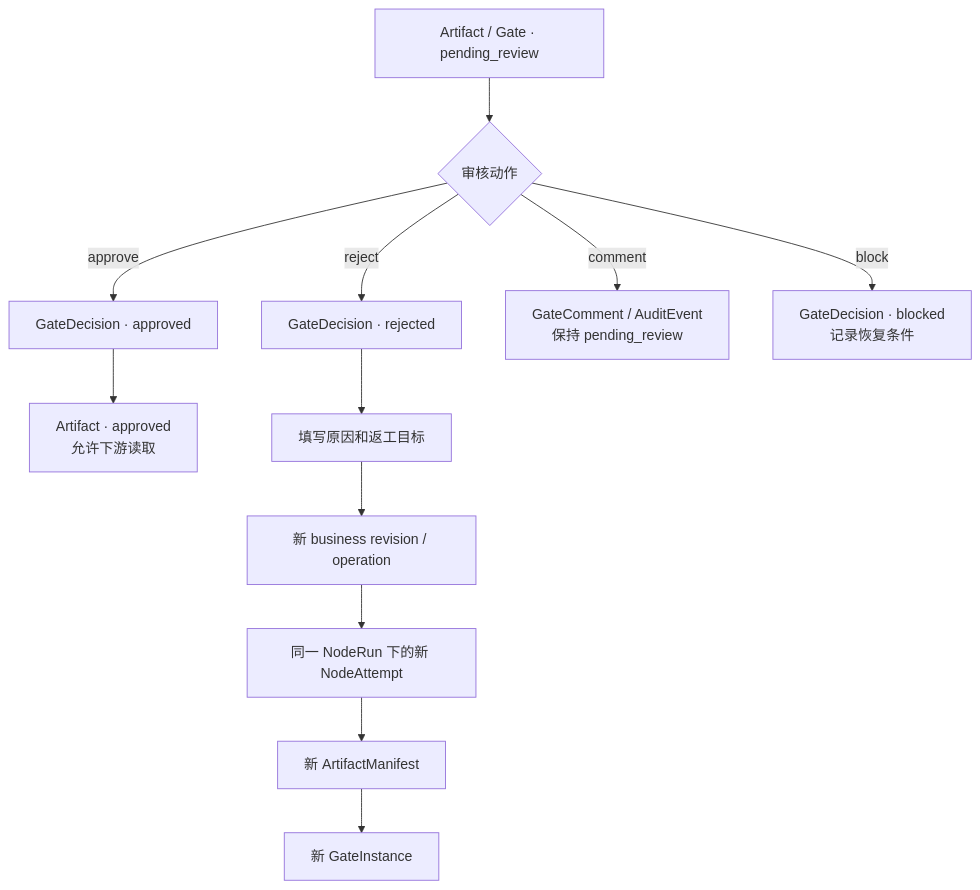
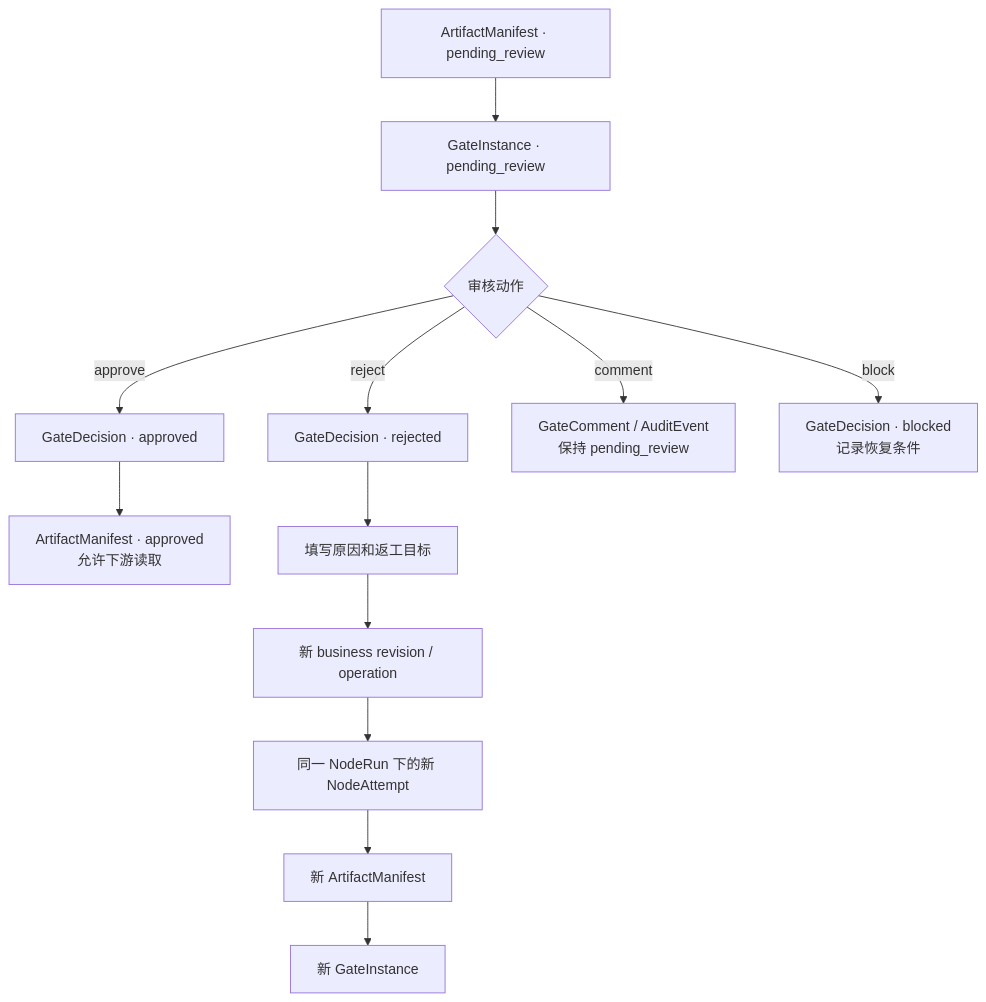
Before and after one commit to haozhangyue/miracle-agent: the fifth of 6 diagrams in 16_融合_产品信息架构与设计图规划.md, drawn with Mermaid. The commit also changed other lines of this file and 9 other files, not shown here.

````diff
--- a/16_融合_产品信息架构与设计图规划.md
+++ b/16_融合_产品信息架构与设计图规划.md
@@ -743,14 +849,15 @@
 ```mermaid
 flowchart TD
-  Pending["Artifact / Gate · pending_review"] --> Action{"审核动作"}
+  PendingArtifact["ArtifactManifest · pending_review"] --> PendingGate["GateInstance · pending_review"]
+  PendingGate --> Action{"审核动作"}
   Action -->|approve| Approved["GateDecision · approved"]
-  Approved --> Release["Artifact · approved<br/>允许下游读取"]
+  Approved --> Release["ArtifactManifest · approved<br/>允许下游读取"]
   Action -->|reject| Rejected["GateDecision · rejected"]
   Rejected --> Requirement["填写原因和返工目标"]
   Requirement --> Revision["新 business revision / operation"]
   Revision --> Attempt["同一 NodeRun 下的新 NodeAttempt"]
   Attempt --> Artifact["新 ArtifactManifest"]
   Artifact --> NewGate["新 GateInstance"]
   Action -->|comment| Comment["GateComment / AuditEvent<br/>保持 pending_review"]
   Action -->|block| Block["GateDecision · blocked<br/>记录恢复条件"]
 ```
````
